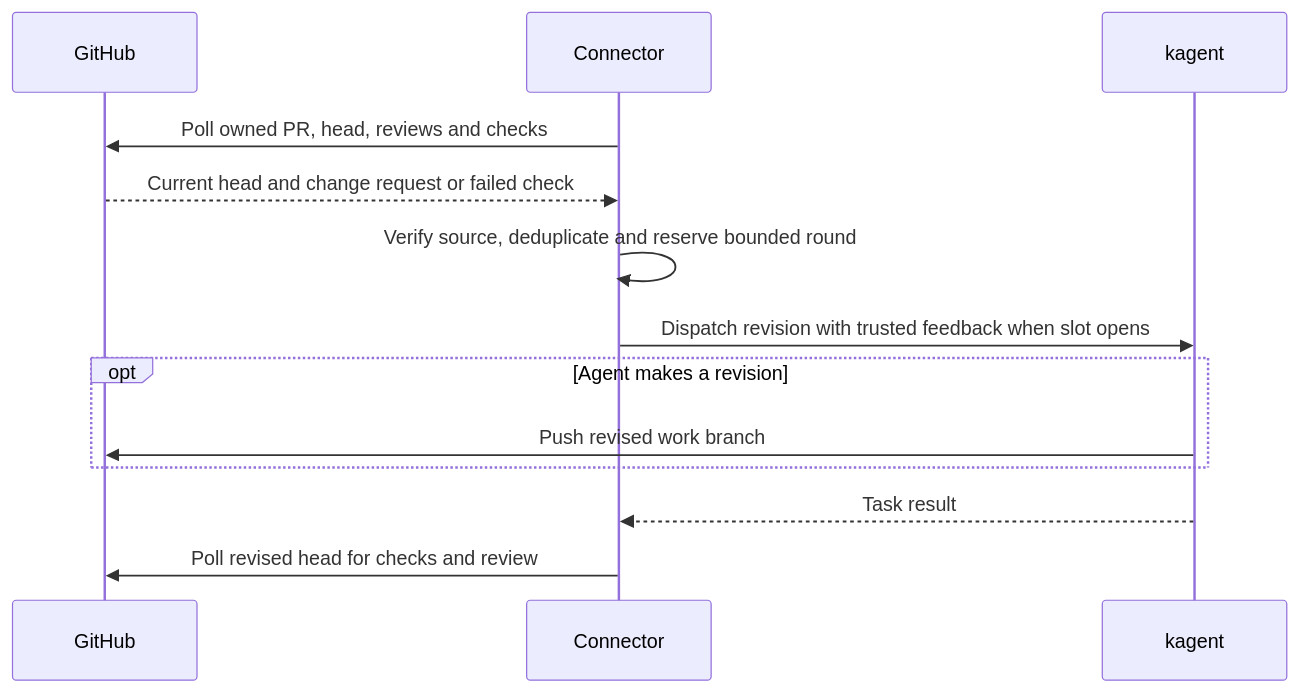
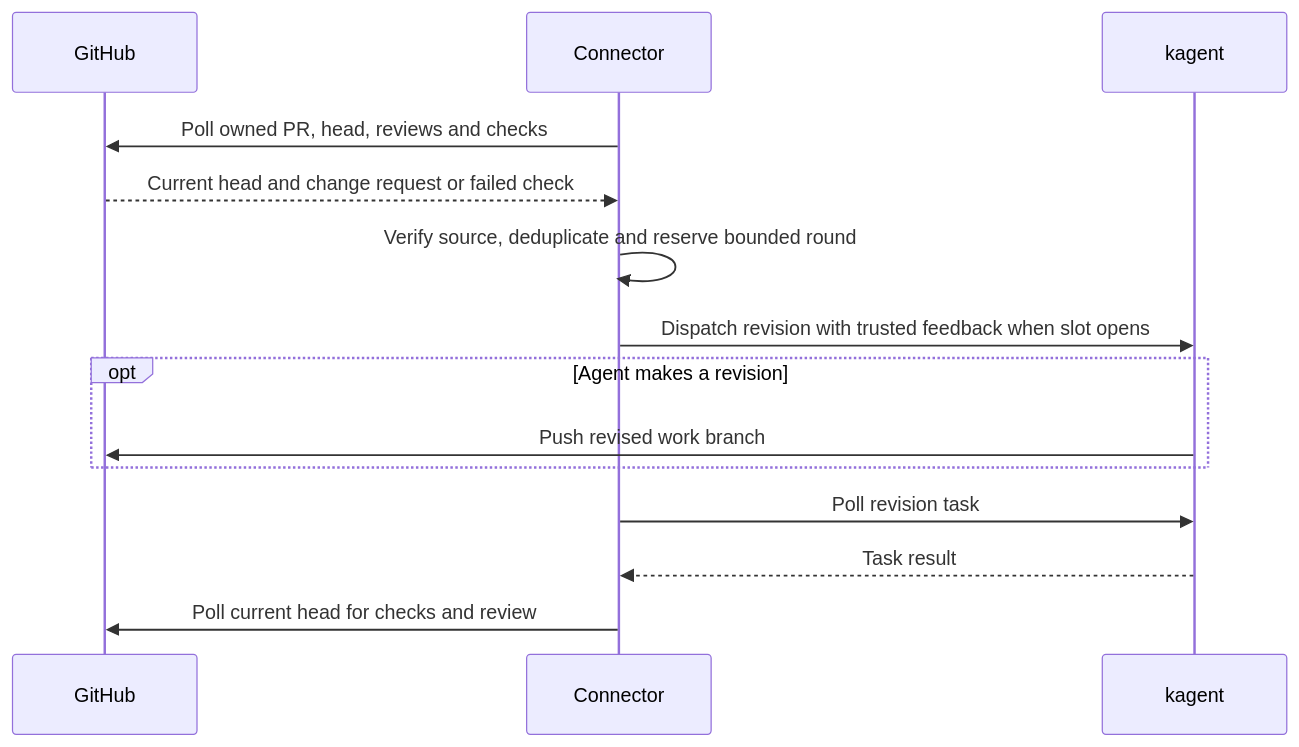
Before and after one commit to jomcgi-org/homelab: the fourth of 6 diagrams in projects/factory/connector/ARCHITECTURE.md, drawn with Mermaid. The commit also changed other lines of this file and 2 other files, not shown here.

````diff
--- a/projects/factory/connector/ARCHITECTURE.md
+++ b/projects/factory/connector/ARCHITECTURE.md
@@ -211,15 +203,16 @@
 ```mermaid
 sequenceDiagram
     participant G as GitHub
     participant C as Connector
     participant K as kagent
     C->>G: Poll owned PR, head, reviews and checks
     G-->>C: Current head and change request or failed check
     C->>C: Verify source, deduplicate and reserve bounded round
     C->>K: Dispatch revision with trusted feedback when slot opens
     opt Agent makes a revision
         K->>G: Push revised work branch
     end
+    C->>K: Poll revision task
     K-->>C: Task result
-    C->>G: Poll revised head for checks and review
+    C->>G: Poll current head for checks and review
 ```
````
